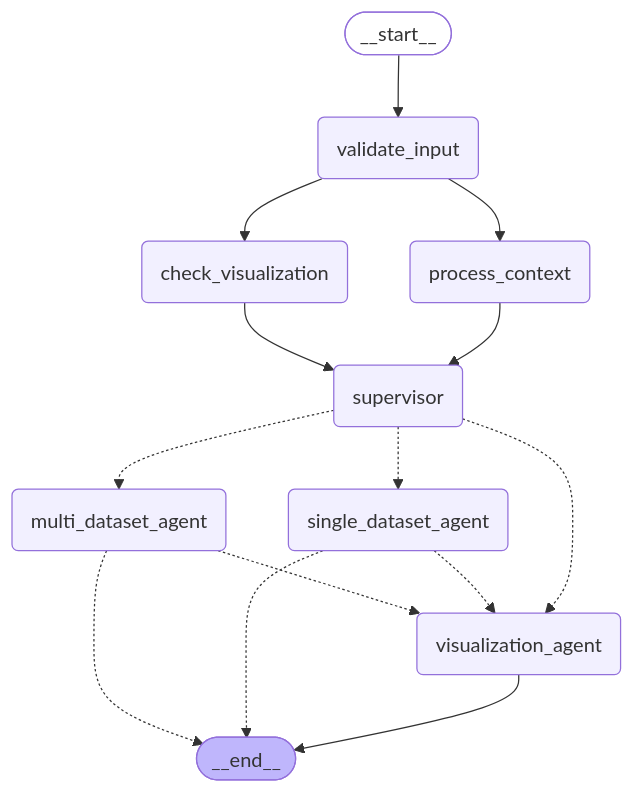
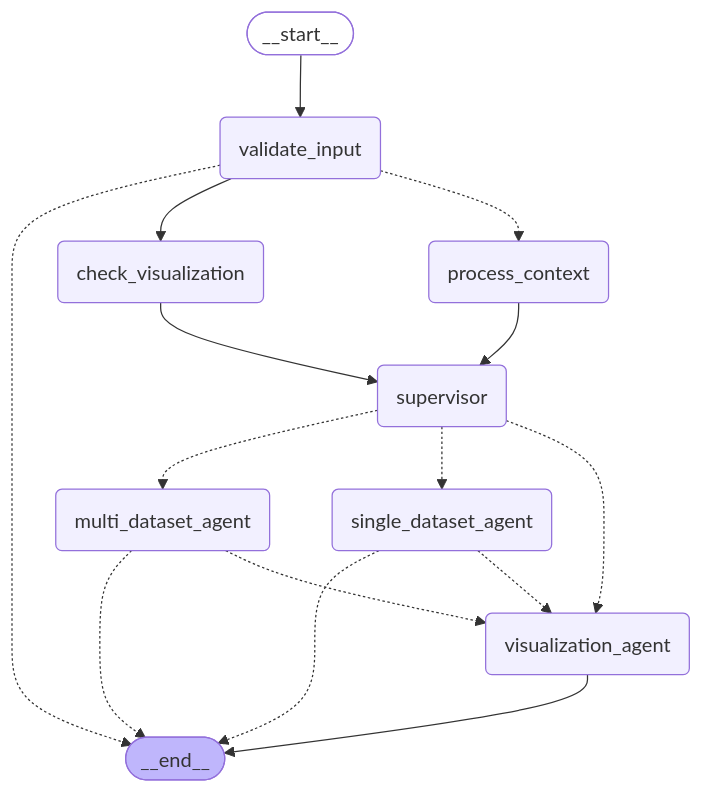
The diagram in chat-server/app/workflow/graph/graph_mermaid/agent_graph.mmd (factly/gopie), drawn with Mermaid before and after one commit. The commit also changed 6 other files, not shown here.

```diff
--- a/chat-server/app/workflow/graph/graph_mermaid/agent_graph.mmd
+++ b/chat-server/app/workflow/graph/graph_mermaid/agent_graph.mmd
@@ -1,31 +1,32 @@
 ---
 config:
   flowchart:
     curve: basis
 ---
 graph TD;
 	__start__([<p>__start__</p>]):::first
 	validate_input(validate_input)
 	process_context(process_context)
 	supervisor(supervisor)
 	multi_dataset_agent(multi_dataset_agent)
 	single_dataset_agent(single_dataset_agent)
 	visualization_agent(visualization_agent)
 	check_visualization(check_visualization)
 	__end__([<p>__end__</p>]):::last
 	__start__ --> validate_input;
 	check_visualization --> supervisor;
 	multi_dataset_agent -.-> __end__;
 	multi_dataset_agent -.-> visualization_agent;
 	process_context --> supervisor;
 	single_dataset_agent -.-> __end__;
 	single_dataset_agent -.-> visualization_agent;
 	supervisor -.-> multi_dataset_agent;
 	supervisor -.-> single_dataset_agent;
 	supervisor -.-> visualization_agent;
+	validate_input -.-> __end__;
 	validate_input --> check_visualization;
-	validate_input --> process_context;
+	validate_input -.-> process_context;
 	visualization_agent --> __end__;
 	classDef default fill:#f2f0ff,line-height:1.2
 	classDef first fill-opacity:0
 	classDef last fill:#bfb6fc
```
